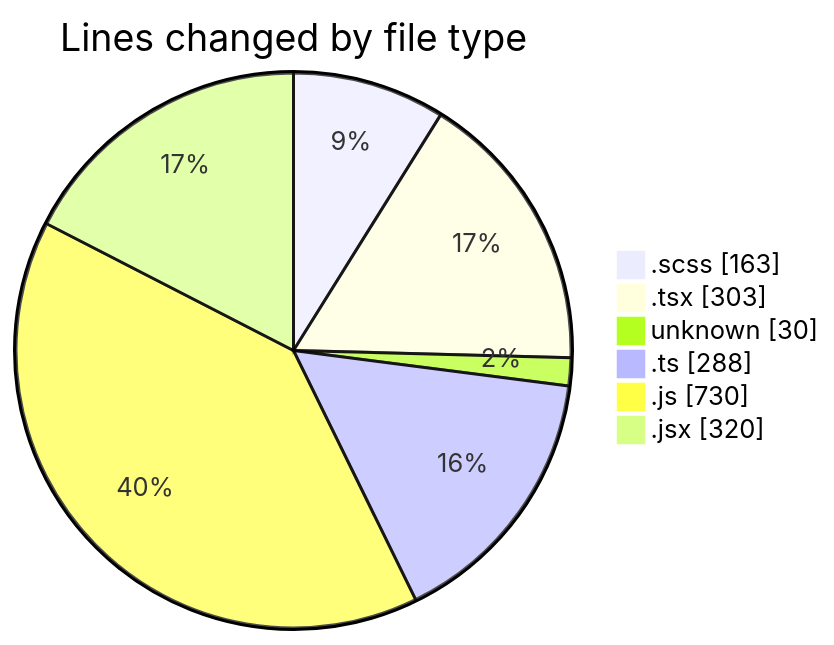
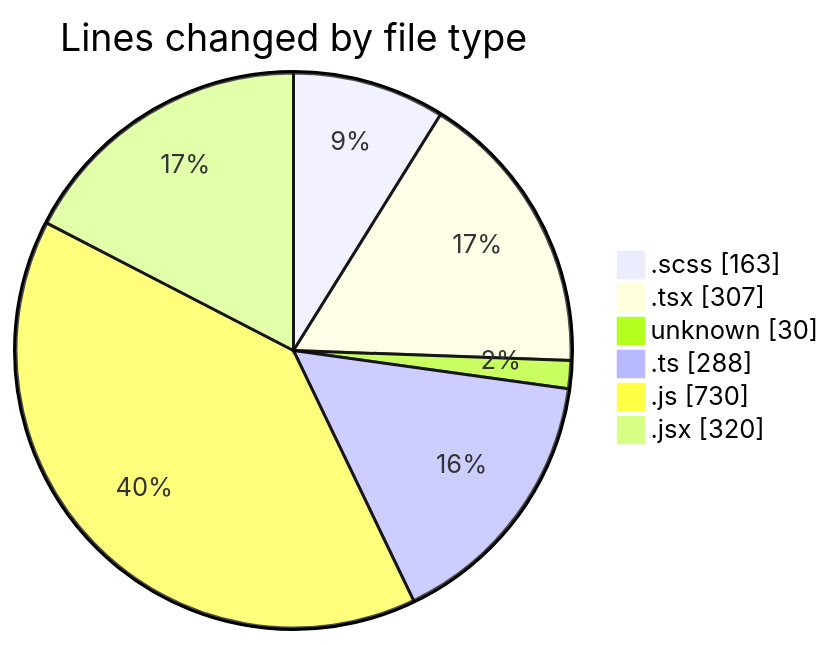
Before and after one commit to momahboobian/code-tracking: the first of 2 diagrams in 2025-03-05/cda/README.md, drawn with Mermaid. The commit also changed other lines of this file and 1 other file, not shown here.

````diff
--- a/2025-03-05/cda/README.md
+++ b/2025-03-05/cda/README.md
@@ -35,10 +35,10 @@
 ```mermaid
 pie showData
 title Lines changed by file type
 ".scss" : 163
-".tsx" : 303
+".tsx" : 307
 "unknown" : 30
 ".ts" : 288
 ".js" : 730
 ".jsx" : 320
 ```
````
